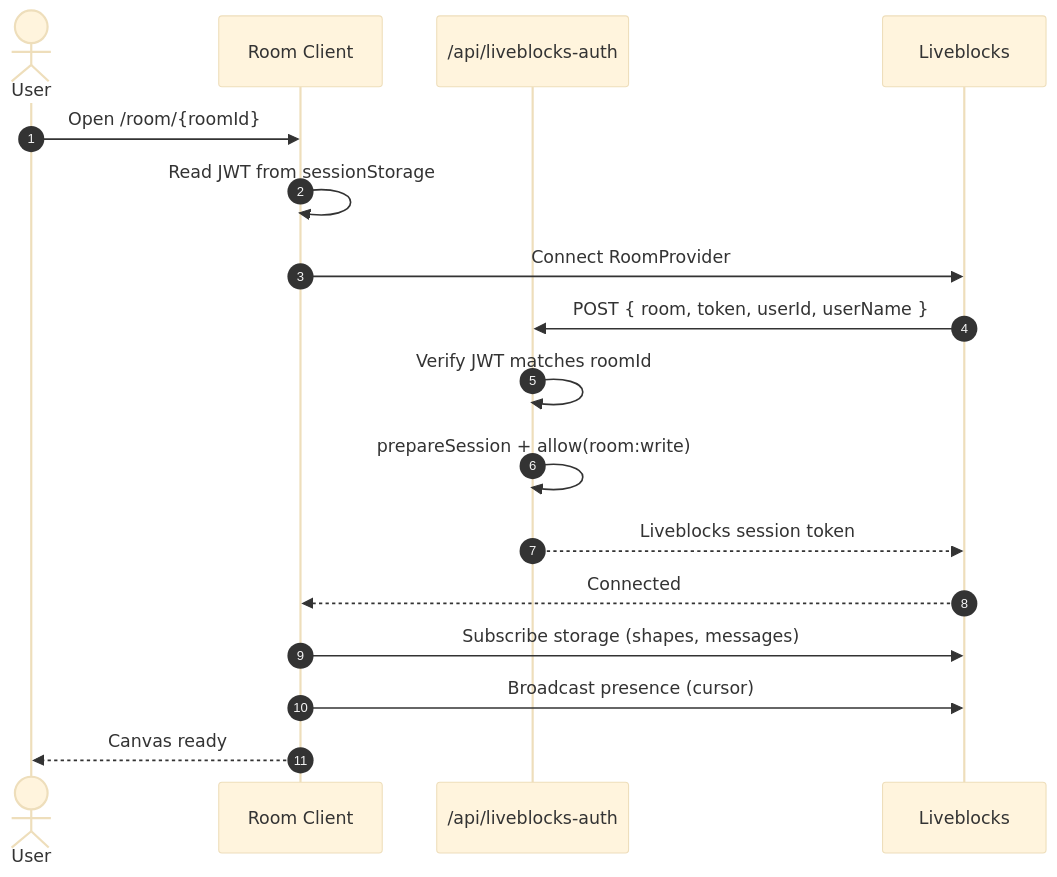
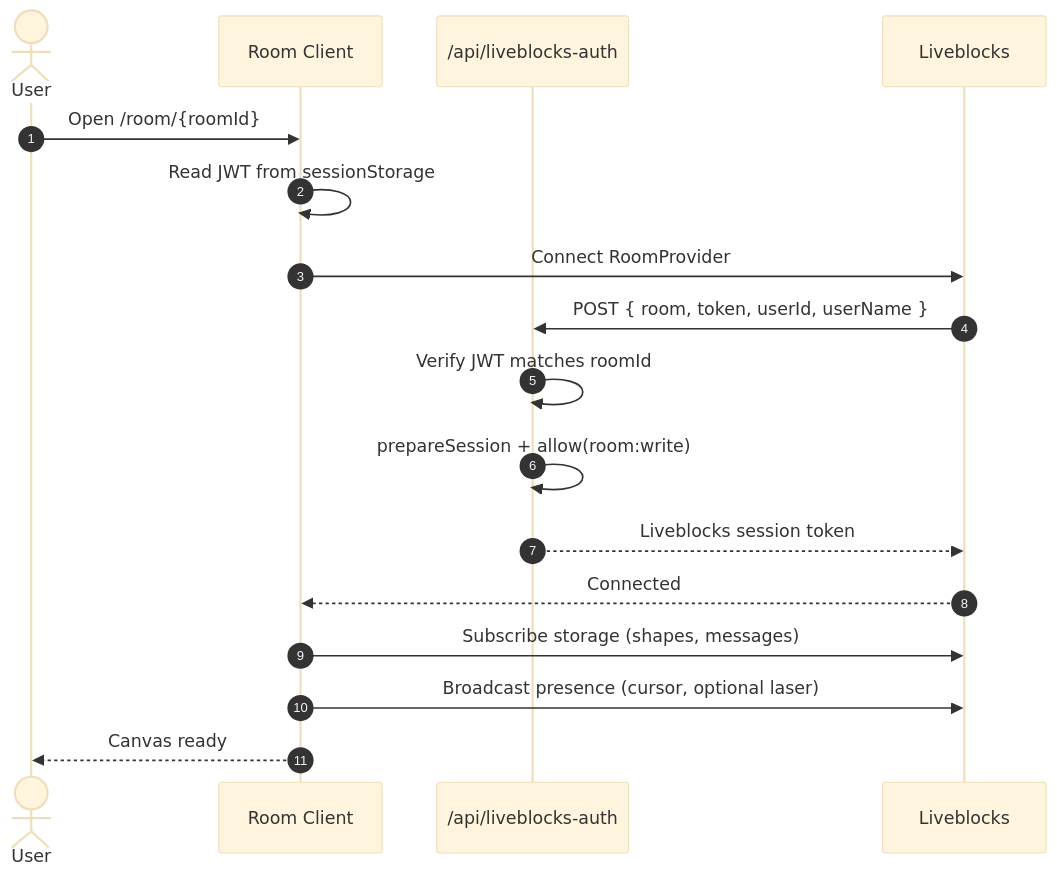
Before and after one commit to subhm2004/SheetSketch: the third of 7 diagrams in README.md, drawn with Mermaid (base theme). The commit also changed other lines of this file, not shown here.

Commit message:
docs: update README with laser pointer, text, and clipboard features

````diff
--- a/README.md
+++ b/README.md
@@ -218,20 +236,20 @@
 ```mermaid
 sequenceDiagram
   autonumber
   actor User
   participant App as Room Client
   participant Auth as /api/liveblocks-auth
   participant LB as Liveblocks
 
   User->>App: Open /room/{roomId}
   App->>App: Read JWT from sessionStorage
   App->>LB: Connect RoomProvider
   LB->>Auth: POST { room, token, userId, userName }
   Auth->>Auth: Verify JWT matches roomId
   Auth->>Auth: prepareSession + allow(room:write)
   Auth-->>LB: Liveblocks session token
   LB-->>App: Connected
   App->>LB: Subscribe storage (shapes, messages)
-  App->>LB: Broadcast presence (cursor)
+  App->>LB: Broadcast presence (cursor, optional laser)
   App-->>User: Canvas ready
 ```
````
